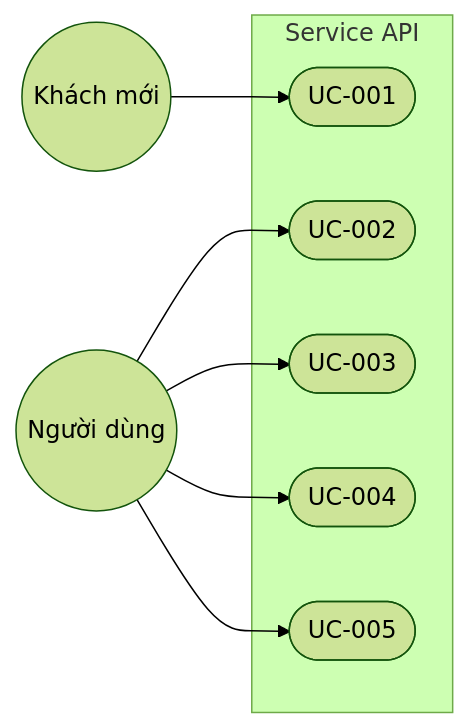
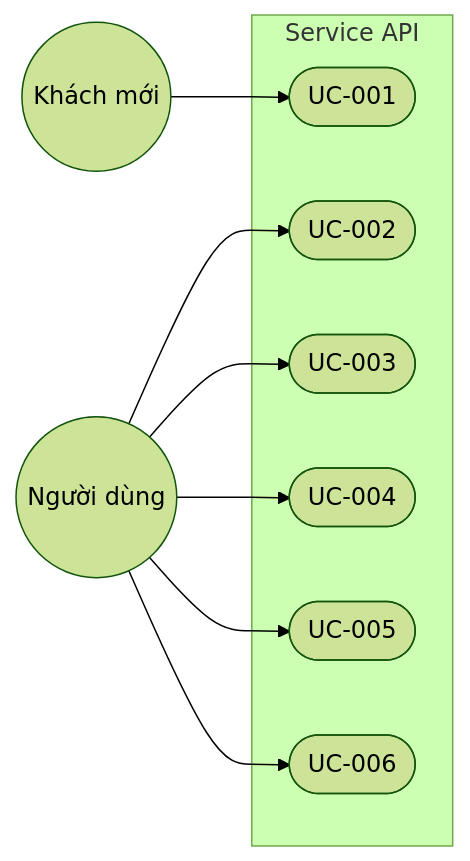
One commit to CVThien2k2/joytab changed the first of 7 diagrams in docs/thiet-ke-he-thong-20260522.md. Above: the diagram before and after it, drawn with Mermaid (forest theme). The commit also changed other lines of this file and 14 other files, not shown here.

First line of the commit message:
Update security documentation, system architecture, and technology selection

````diff
--- a/docs/thiet-ke-he-thong-20260522.md
+++ b/docs/thiet-ke-he-thong-20260522.md
@@ -17,19 +25,21 @@
 ```mermaid
 flowchart LR
   GUEST((Khách mới))
   USER((Người dùng))
 
   subgraph SYS[Service API]
     UC1([UC-001])
     UC2([UC-002])
     UC3([UC-003])
     UC4([UC-004])
     UC5([UC-005])
+    UC6([UC-006])
   end
 
   GUEST --> UC1
   USER --> UC2
   USER --> UC3
   USER --> UC4
   USER --> UC5
+  USER --> UC6
 ```
````
